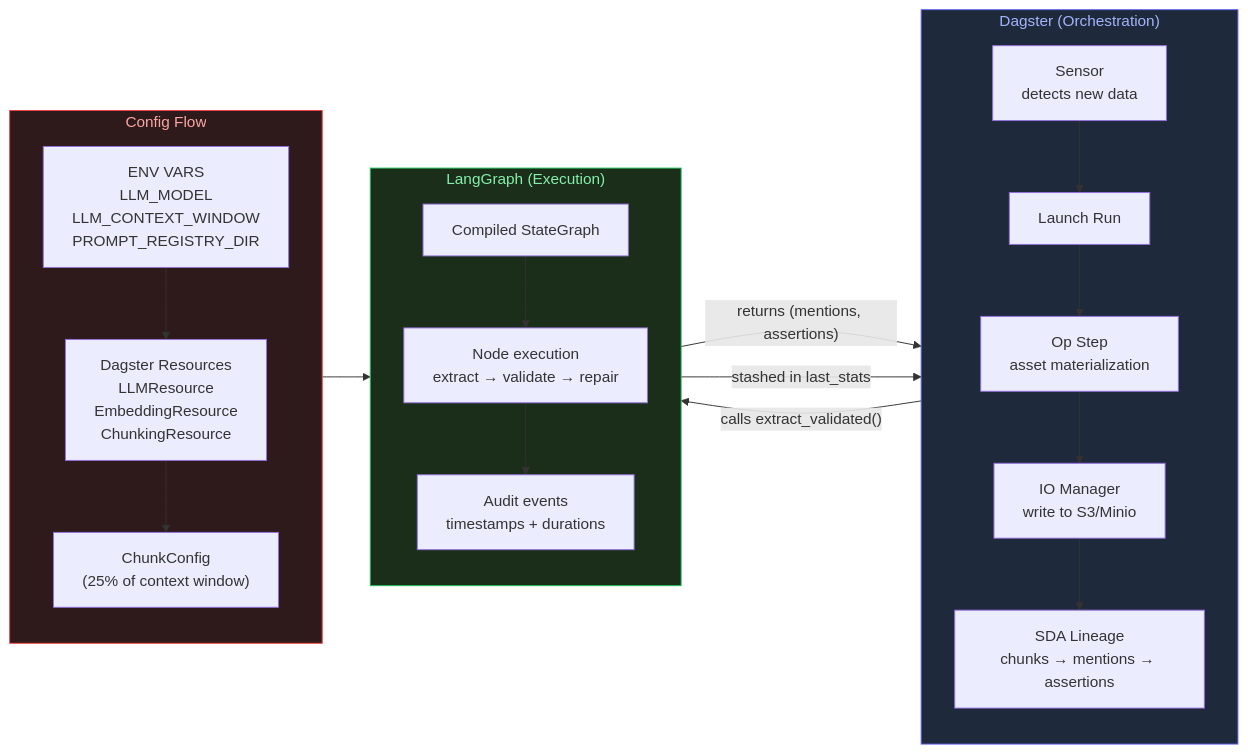
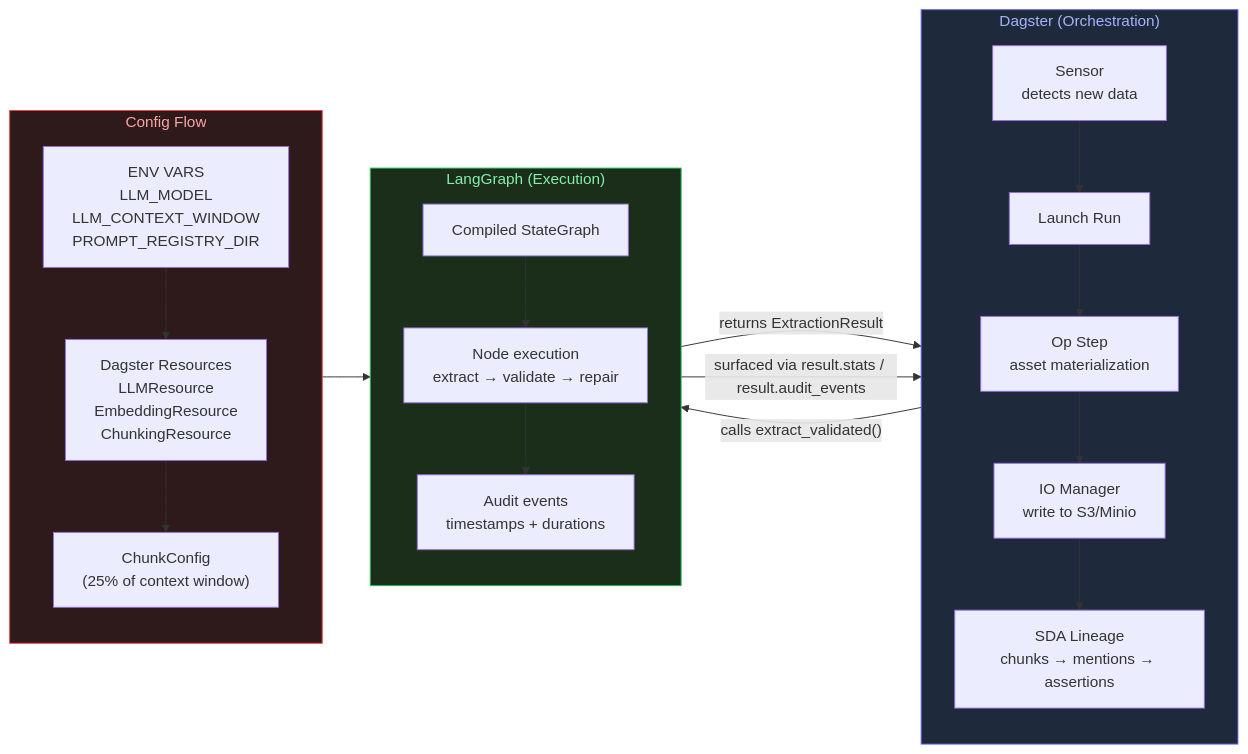
The seventh of 8 diagrams in docs/architecture/pipeline-lineage.md (TheBranchDriftCatalyst/catalyst-data), drawn with Mermaid before and after one commit. The commit also changed 13 other files, not shown here.

````diff
--- a/docs/architecture/pipeline-lineage.md
+++ b/docs/architecture/pipeline-lineage.md
@@ -250,33 +250,33 @@
 ```mermaid
 flowchart LR
     subgraph DAGSTER ["Dagster (Orchestration)"]
         direction TB
         SENSOR[Sensor\ndetects new data] --> LAUNCH[Launch Run]
         LAUNCH --> STEP[Op Step\nasset materialization]
         STEP --> IO[IO Manager\nwrite to S3/Minio]
         IO --> LINEAGE[SDA Lineage\nchunks → mentions → assertions]
     end
 
     subgraph LANGGRAPH ["LangGraph (Execution)"]
         direction TB
         GRAPH[Compiled StateGraph]
         GRAPH --> NODES[Node execution\nextract → validate → repair]
         NODES --> AUDIT[Audit events\ntimestamps + durations]
     end
 
     subgraph CONFIG ["Config Flow"]
         direction TB
         ENV["ENV VARS\nLLM_MODEL\nLLM_CONTEXT_WINDOW\nPROMPT_REGISTRY_DIR"]
         RES["Dagster Resources\nLLMResource\nEmbeddingResource\nChunkingResource"]
         CC["ChunkConfig\n(25% of context window)"]
     end
 
     STEP -->|"calls extract_validated()"| GRAPH
     ENV --> RES --> CC --> GRAPH
-    GRAPH -->|"returns (mentions, assertions)"| STEP
-    AUDIT -->|"stashed in last_stats"| IO
+    GRAPH -->|"returns ExtractionResult"| STEP
+    AUDIT -->|"surfaced via result.stats / result.audit_events"| IO
 
     style DAGSTER fill:#1e293b,stroke:#6366f1,color:#a5b4fc
     style LANGGRAPH fill:#1a2e1a,stroke:#22c55e,color:#86efac
     style CONFIG fill:#2e1a1a,stroke:#ef4444,color:#fca5a5
 ```
````
